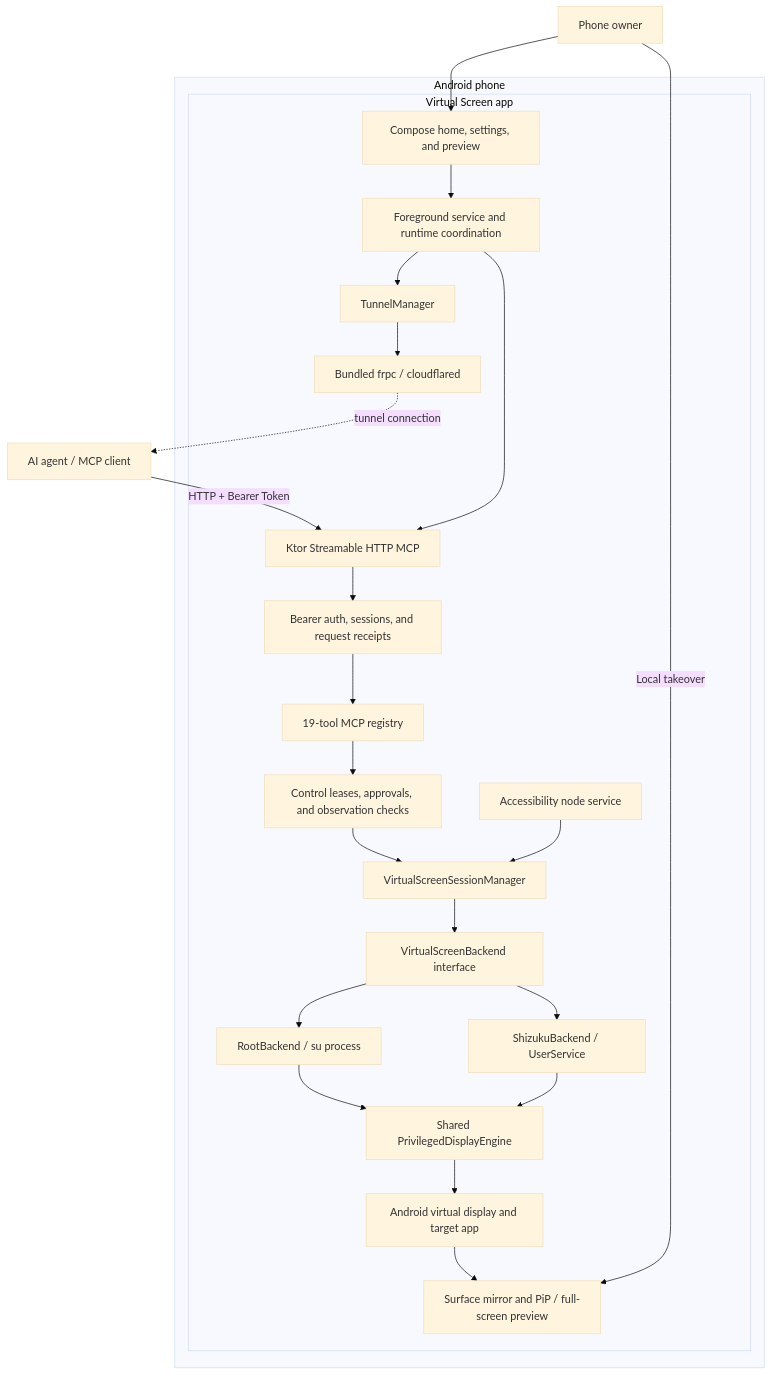
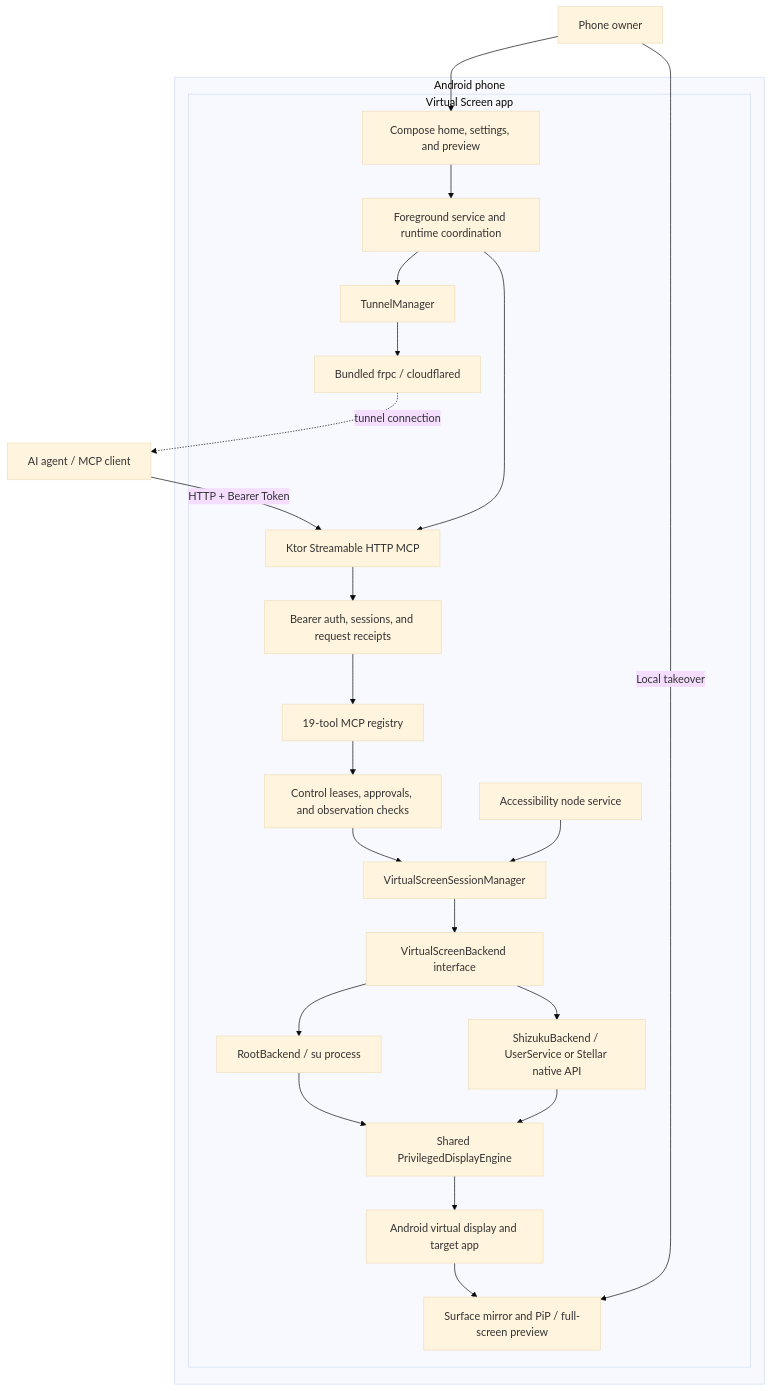
The second of 2 diagrams in README.en.md (lejw0925/android-virtual-screen), drawn with Mermaid (base theme) before and after one commit. The commit also changed other lines of this file and 5 other files, not shown here.

````diff
--- a/README.en.md
+++ b/README.en.md
@@ -100,38 +101,38 @@
 ```mermaid
 flowchart TB
     client[AI agent / MCP client]
     subgraph phone[Android phone]
         subgraph app[Virtual Screen app]
             ui[Compose home, settings, and preview]
             service[Foreground service and runtime coordination]
             mcp[Ktor Streamable HTTP MCP]
             auth[Bearer auth, sessions, and request receipts]
             lease[Control leases, approvals, and observation checks]
             tools[19-tool MCP registry]
             session[VirtualScreenSessionManager]
             backend[VirtualScreenBackend interface]
             root[RootBackend / su process]
-            shizuku[ShizukuBackend / UserService]
+            shizuku[ShizukuBackend / UserService or Stellar native API]
             engine[Shared PrivilegedDisplayEngine]
             display[Android virtual display and target app]
             access[Accessibility node service]
             preview[Surface mirror and PiP / full-screen preview]
             tunnel[TunnelManager]
             frpc[Bundled frpc / cloudflared]
         end
     end
     client -->|HTTP + Bearer Token| mcp
     mcp --> auth --> tools --> lease --> session
     ui --> service
     service --> mcp
     service --> tunnel --> frpc
     session --> backend
     backend --> root --> engine
     backend --> shizuku --> engine
     engine --> display
     access --> session
     display --> preview
     owner[Phone owner] --> ui
     owner -->|Local takeover| preview
     frpc -. tunnel connection .-> client
 ```
````
